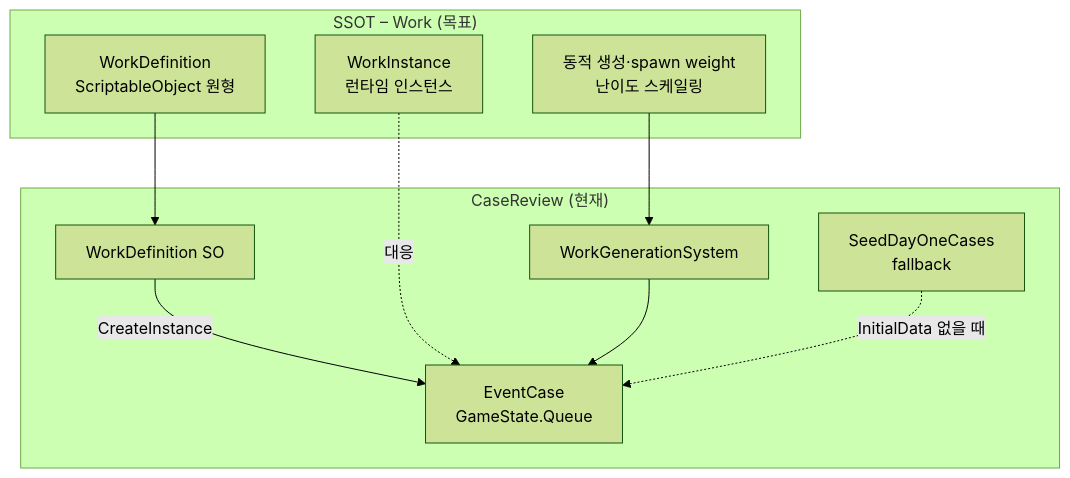
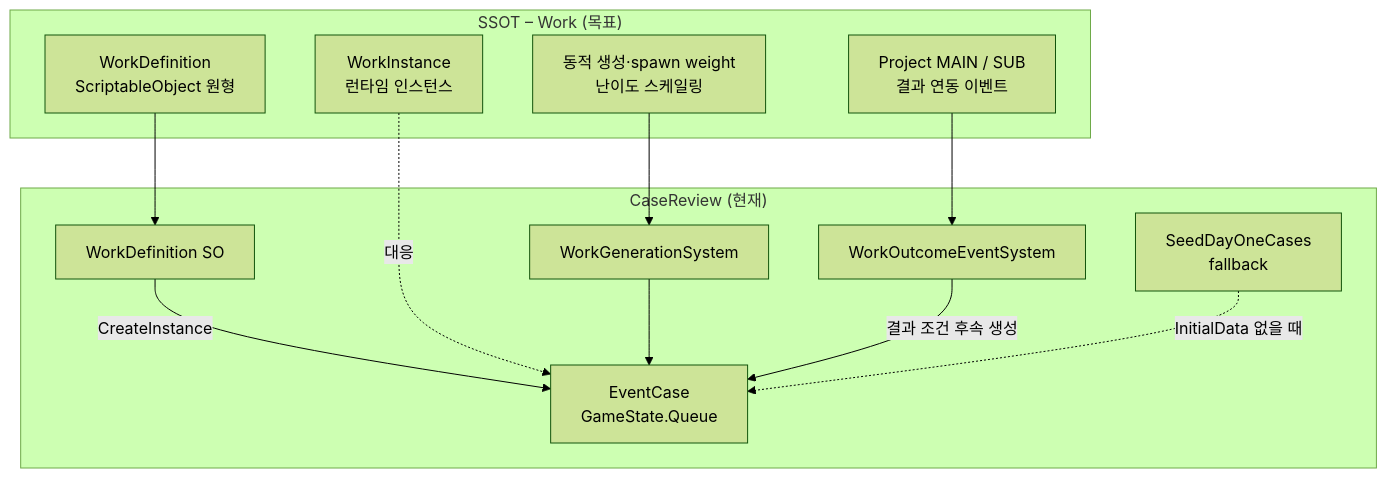
Before and after one commit to BaekNothing/ProjectW: the tenth of 18 diagrams in Assets/Specification/Architecture – ProjectW System Overview.md, drawn with Mermaid (forest theme). The commit also changed other lines of this file and 15 other files, not shown here.

````diff
--- a/Assets/Specification/Architecture – ProjectW System Overview.md
+++ b/Assets/Specification/Architecture – ProjectW System Overview.md
@@ -329,20 +331,24 @@
 ```mermaid
 flowchart TB
   subgraph SSOT_Work["SSOT – Work (목표)"]
     WD["WorkDefinition\nScriptableObject 원형"]
     WI["WorkInstance\n런타임 인스턴스"]
     GEN["동적 생성·spawn weight\n난이도 스케일링"]
+    CHAIN["Project MAIN / SUB\n결과 연동 이벤트"]
   end
   subgraph Impl["CaseReview (현재)"]
     EC["EventCase\nGameState.Queue"]
     WDEF["WorkDefinition SO"]
     WGEN["WorkGenerationSystem"]
+    WOUT["WorkOutcomeEventSystem"]
     SEED["SeedDayOneCases\nfallback"]
   end
   WD --> WDEF
   WDEF -->|CreateInstance| EC
   WI -.->|대응| EC
   GEN --> WGEN
   WGEN --> EC
+  CHAIN --> WOUT
+  WOUT -->|결과 조건 후속 생성| EC
   SEED -.->|InitialData 없을 때| EC
 ```
````
